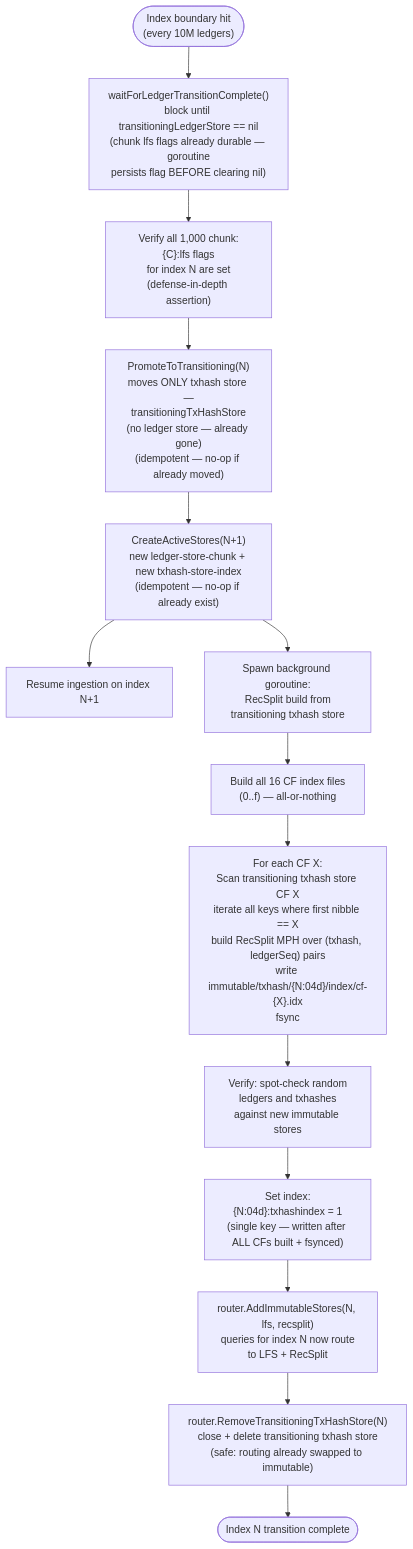
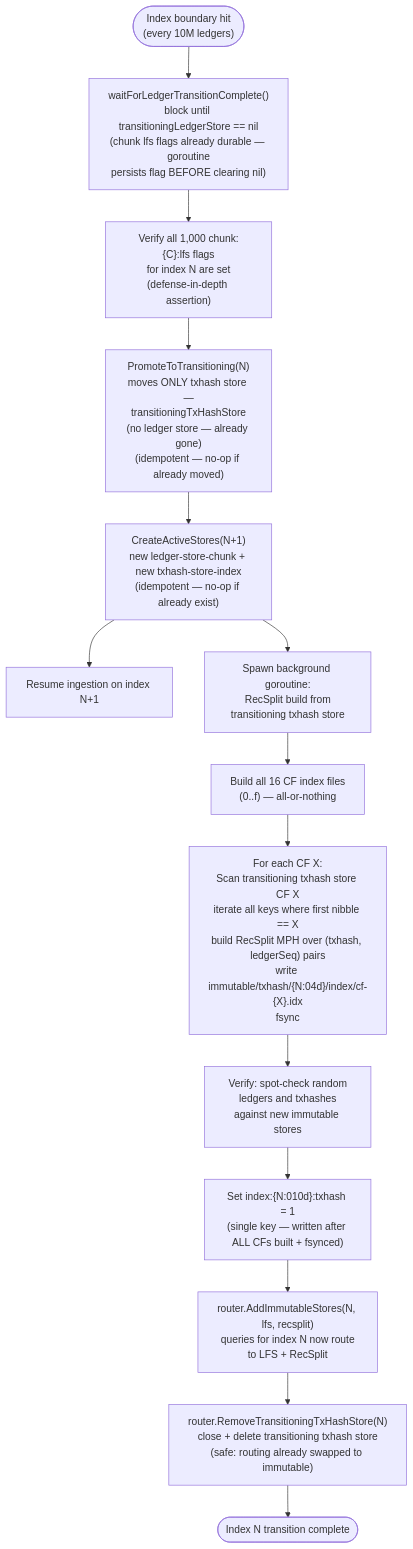
One commit to stellar/stellar-rpc changed the fourth of 5 diagrams in full-history/design-docs/04-streaming-and-transition.md. Above: the diagram before and after it, drawn with Mermaid. The commit also changed other lines of this file and 34 other files, not shown here.

Commit message:
refactor: align with PR #617 review — index:%010d:txhash key, chunks_per_txhash_index config

````diff
--- a/full-history/design-docs/04-streaming-and-transition.md
+++ b/full-history/design-docs/04-streaming-and-transition.md
@@ -254,17 +254,17 @@
 ```mermaid
 flowchart TD
     INDEX_HIT(["Index boundary hit<br/>(every 10M ledgers)"]) --> WAIT["waitForLedgerTransitionComplete()<br/>block until transitioningLedgerStore == nil<br/>(chunk lfs flags already durable — goroutine<br/>persists flag BEFORE clearing nil)"]
     WAIT --> VERIFY_LFS["Verify all 1,000 chunk:{C}:lfs flags<br/>for index N are set<br/>(defense-in-depth assertion)"]
     VERIFY_LFS --> PROMOTE["PromoteToTransitioning(N)<br/>moves ONLY txhash store —<br/>transitioningTxHashStore<br/>(no ledger store — already gone)<br/>(idempotent — no-op if already moved)"]
     PROMOTE --> NEW_STORES["CreateActiveStores(N+1)<br/>new ledger-store-chunk + new txhash-store-index<br/>(idempotent — no-op if already exist)"]
     NEW_STORES --> RESUME["Resume ingestion on index N+1"]
     NEW_STORES --> BG_RS["Spawn background goroutine:<br/>RecSplit build from<br/>transitioning txhash store"]
 
     BG_RS --> SPAWN_CFS["Build all 16 CF index files<br/>(0..f) — all-or-nothing"]
     SPAWN_CFS --> SCAN_CF["For each CF X:<br/>Scan transitioning txhash store CF X<br/>iterate all keys where first nibble == X<br/>build RecSplit MPH over (txhash, ledgerSeq) pairs<br/>write immutable/txhash/{N:04d}/index/cf-{X}.idx<br/>fsync"]
     SCAN_CF --> VERIFY["Verify: spot-check random<br/>ledgers and txhashes<br/>against new immutable stores"]
-    VERIFY --> SET_COMPLETE["Set index:{N:04d}:txhashindex = 1<br/>(single key — written after ALL CFs built + fsynced)"]
+    VERIFY --> SET_COMPLETE["Set index:{N:010d}:txhash = 1<br/>(single key — written after ALL CFs built + fsynced)"]
     SET_COMPLETE --> ADD_IMM["router.AddImmutableStores(N, lfs, recsplit)<br/>queries for index N now route<br/>to LFS + RecSplit"]
     ADD_IMM --> DELETE["router.RemoveTransitioningTxHashStore(N)<br/>close + delete transitioning txhash store<br/>(safe: routing already swapped to immutable)"]
     DELETE --> INDEX_DONE(["Index N transition complete"])
 ```
````
